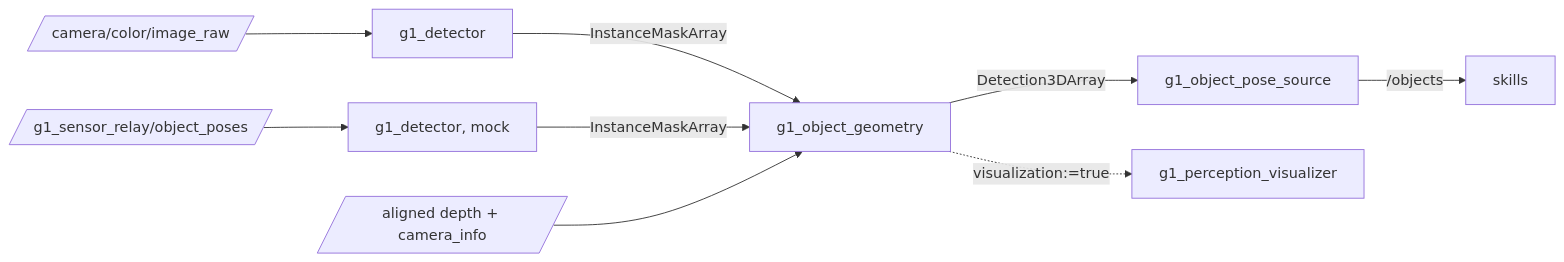
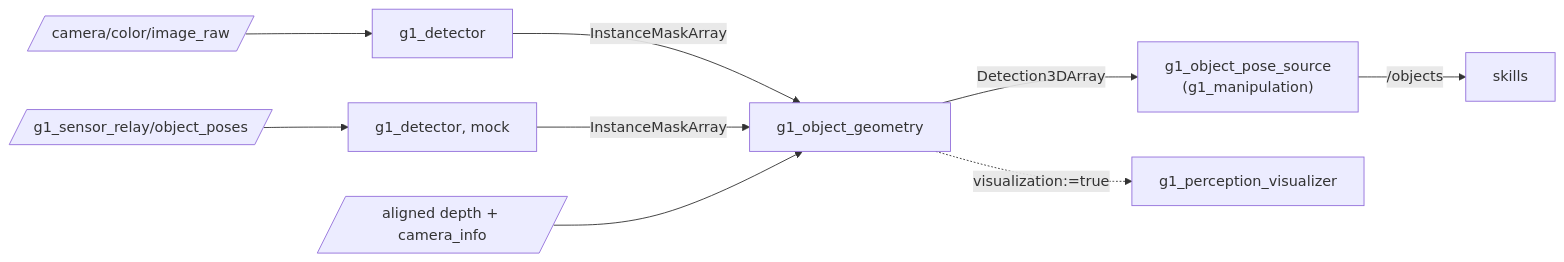
One commit to Adyansh04/grove-g1 changed the diagram in workspace/src/g1_perception/README.md. Above: the diagram before and after it, drawn with Mermaid. The commit also changed other lines of this file and 107 other files, not shown here.

````diff
--- a/workspace/src/g1_perception/README.md
+++ b/workspace/src/g1_perception/README.md
@@ -8,11 +8,11 @@
 ```mermaid
 flowchart LR
     C[/camera/color/image_raw/] --> D[g1_detector]
     T[/g1_sensor_relay/object_poses/] --> M[g1_detector, mock]
     D -- InstanceMaskArray --> G[g1_object_geometry]
     M -- InstanceMaskArray --> G
     P[/aligned depth + camera_info/] --> G
-    G -- Detection3DArray --> S[g1_object_pose_source]
+    G -- Detection3DArray --> S["g1_object_pose_source<br/>(g1_manipulation)"]
     S -- /objects --> K[skills]
     G -. "visualization:=true" .-> V[g1_perception_visualizer]
 ```
````
